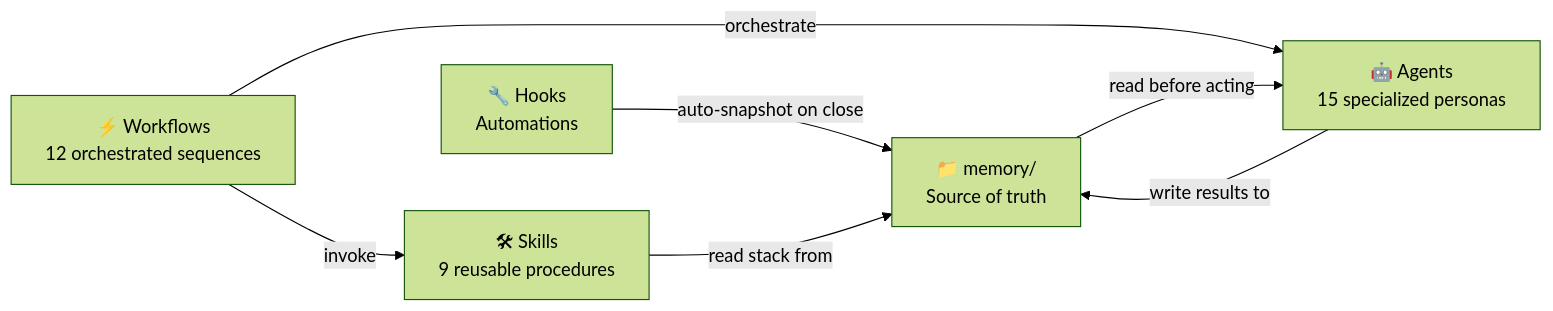
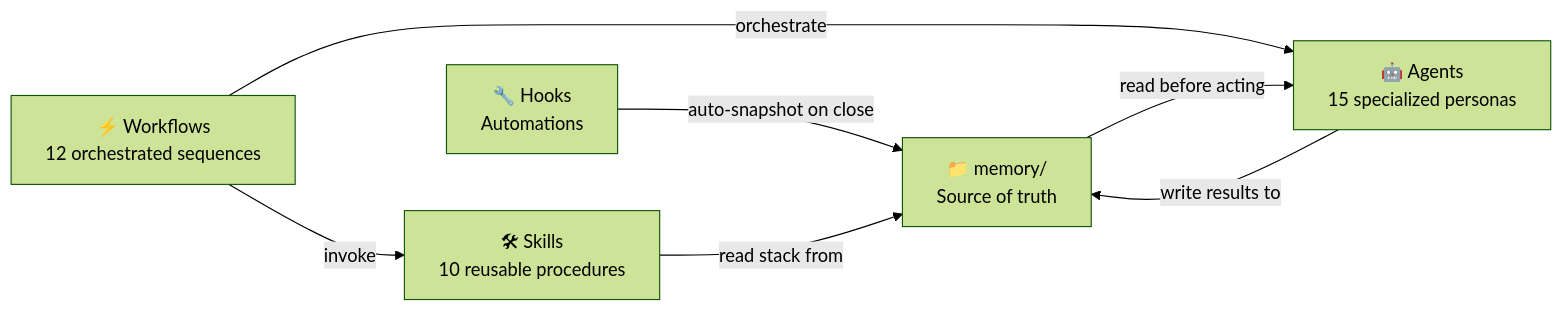
The diagram in README.md (KillianPiccerelle/ai-dev-framework), drawn with Mermaid (forest theme) before and after one commit. The commit also changed other lines of this file and 9 other files, not shown here.

First line of the commit message:
feat: integrate code-review-graph with workflows and code-reviewer agent

````diff
--- a/README.md
+++ b/README.md
@@ -84,15 +84,15 @@
 ```mermaid
 graph LR
     MEM["📁 memory/\nSource of truth"]
     AGT["🤖 Agents\n15 specialized personas"]
     WFL["⚡ Workflows\n12 orchestrated sequences"]
-    SKL["🛠 Skills\n9 reusable procedures"]
+    SKL["🛠 Skills\n10 reusable procedures"]
     HKS["🔧 Hooks\nAutomations"]
 
     MEM -->|read before acting| AGT
     AGT -->|write results to| MEM
     WFL -->|orchestrate| AGT
     WFL -->|invoke| SKL
     SKL -->|read stack from| MEM
     HKS -->|auto-snapshot on close| MEM
 ```
````
